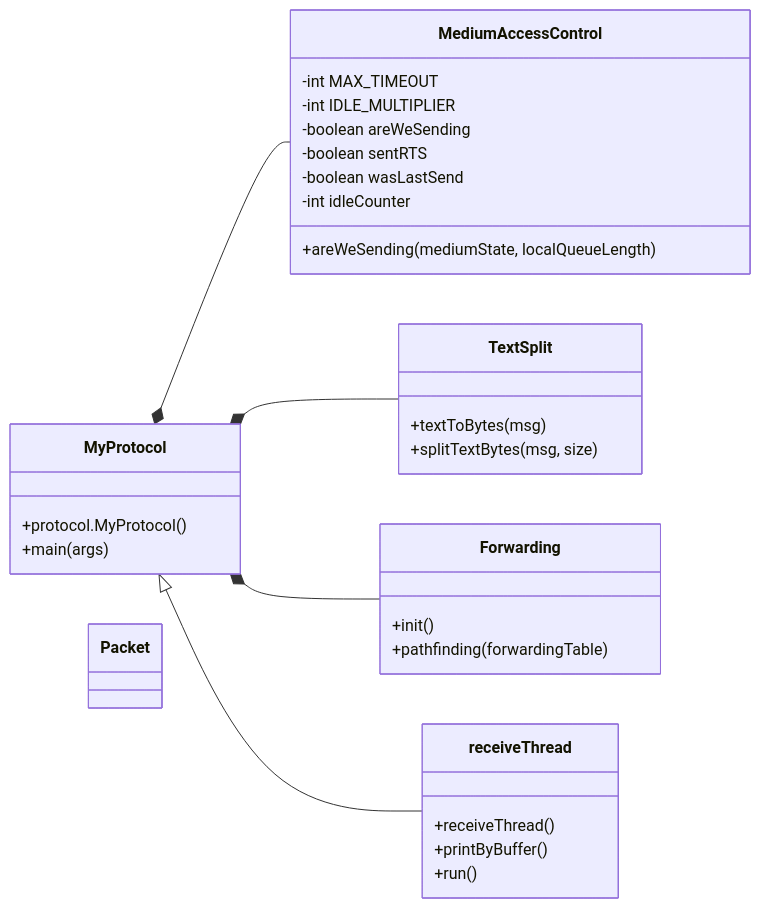
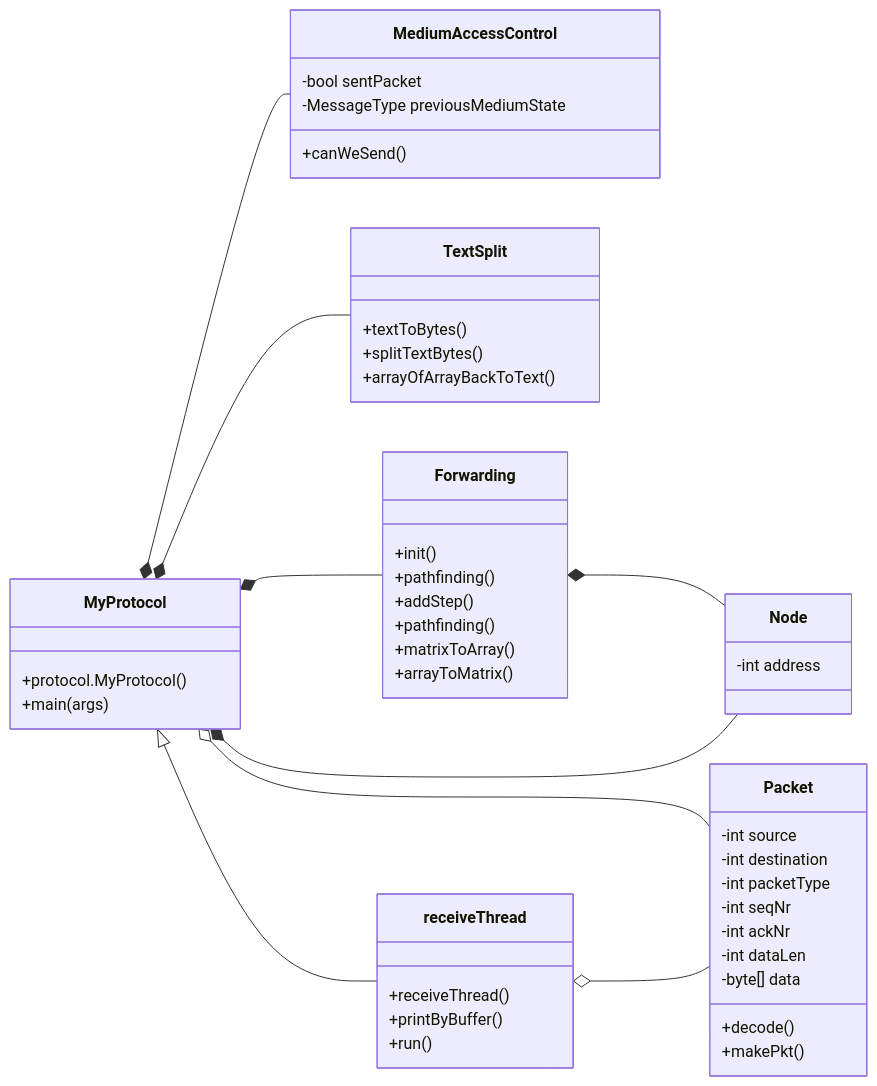
One commit to Traydr/ut-tcs-m3-project-100 changed the diagram in planning.md. Above: the diagram before and after it, drawn with Mermaid.

Commit message:
Update planning (still WIP)

````diff
--- a/planning.md
+++ b/planning.md
@@ -1,44 +1,62 @@
 ```mermaid
 classDiagram
     direction LR
     
     class MyProtocol {
         +protocol.MyProtocol()
         +main(args)
     }
     
     class Packet {
+        -int source
+        -int destination
+        -int packetType
+        -int seqNr
+        -int ackNr
+        -int dataLen
+        -byte[] data
+        +decode()
+        +makePkt()
     }
     
     class MediumAccessControl{
-        -int MAX_TIMEOUT
-        -int IDLE_MULTIPLIER    
-        -boolean areWeSending
-        -boolean sentRTS
-        -boolean wasLastSend
-        -int idleCounter
+        -bool sentPacket
+        -MessageType previousMediumState
         
-        +areWeSending(mediumState, localQueueLength)
+        +canWeSend()
     }
     
     class TextSplit{
-        +textToBytes(msg)
-        +splitTextBytes(msg, size)
+        +textToBytes()
+        +splitTextBytes()
+        +arrayOfArrayBackToText()
     }
     
     class Forwarding{
         +init()
-        +pathfinding(forwardingTable)
+        +pathfinding()
+        +addStep()
+        +pathfinding()
+        +matrixToArray()
+        +arrayToMatrix()
     }
     
     class receiveThread{
         +receiveThread()
         +printByBuffer()
         +run()
     }
     
+    class Node{
+        -int address
+    }
+    
     MyProtocol *-- MediumAccessControl
     MyProtocol *-- TextSplit
     MyProtocol *-- Forwarding
     MyProtocol <|-- receiveThread
+    Forwarding *-- Node
+    MyProtocol *-- Node
+    MyProtocol o-- Packet
+    receiveThread o-- Packet
 ```
````
